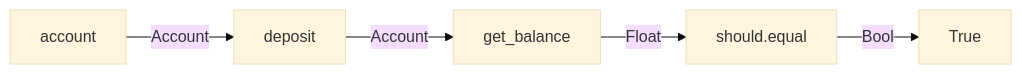
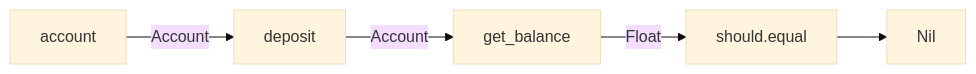
The fourth of 4 diagrams in content/posts/types-and-tests.md (tacoda/tacoda.github.io), drawn with Mermaid (base theme) before and after one commit. The commit also changed other lines of this file, not shown here.

````diff
--- a/content/posts/types-and-tests.md
+++ b/content/posts/types-and-tests.md
@@ -397,4 +417,4 @@
 ```mermaid
 flowchart LR
-  account -- Account --> deposit -- Account --> get_balance -- Float --> should.equal -- Bool --> True
+  account -- Account --> deposit -- Account --> get_balance -- Float --> should.equal  --> Nil
 ```
````
